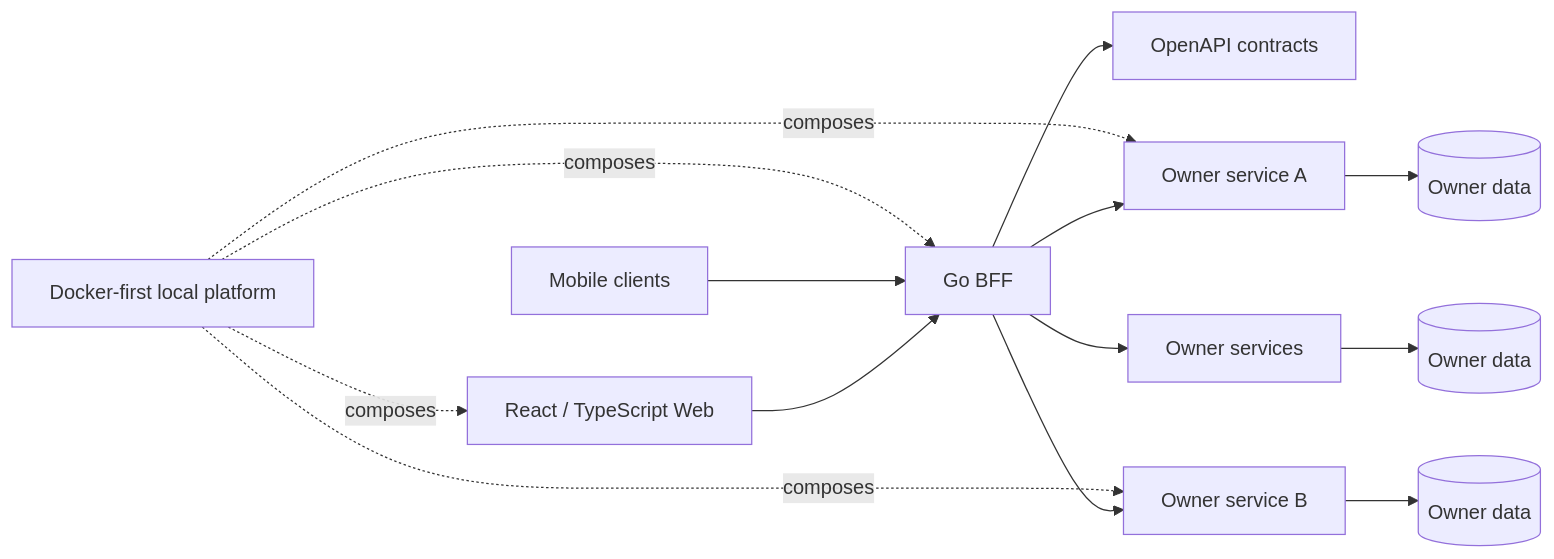
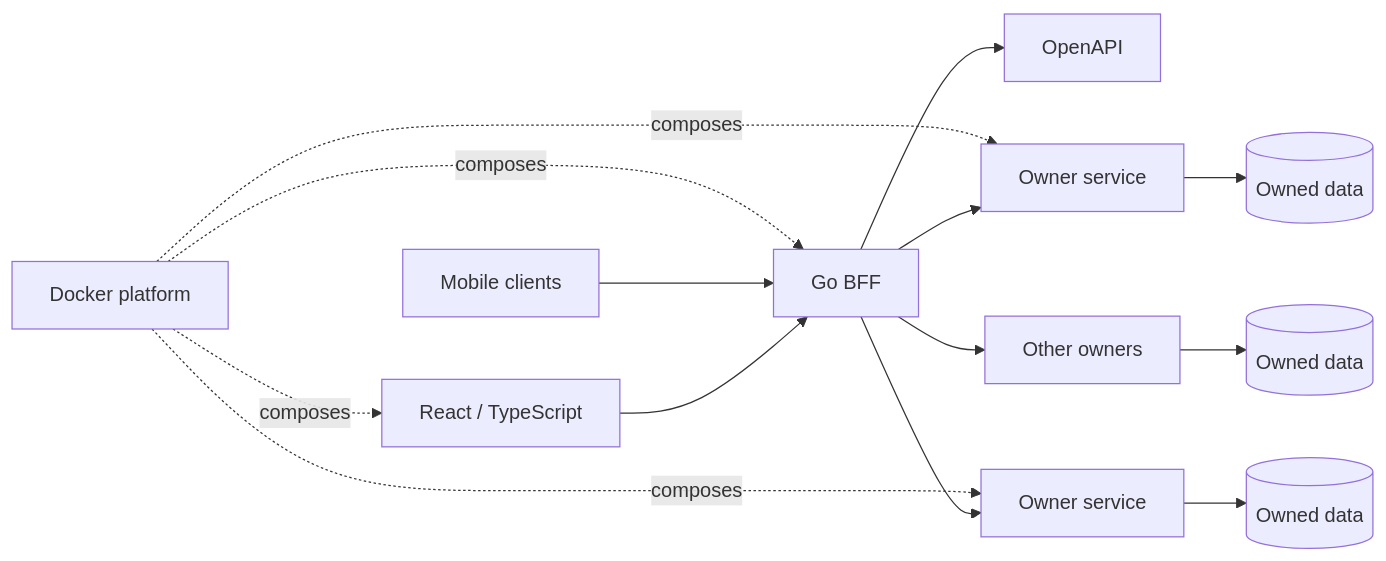
Before and after one commit to andrecsmenezes/andrecsmenezes: the diagram in case-studies/udp.md, drawn with Mermaid. The commit also changed other lines of this file, not shown here.

````diff
--- a/case-studies/udp.md
+++ b/case-studies/udp.md
@@ -11,16 +15,16 @@
 ```mermaid
 flowchart LR
-    WEB[React / TypeScript Web] --> BFF[Go BFF]
+    WEB[React / TypeScript] --> BFF[Go BFF]
     MOB[Mobile clients] --> BFF
-    BFF --> CONTRACT[OpenAPI contracts]
-    BFF --> O1[Owner service A]
-    BFF --> O2[Owner service B]
-    BFF --> ON[Owner services]
-    O1 --> D1[(Owner data)]
-    O2 --> D2[(Owner data)]
-    ON --> DN[(Owner data)]
-    DEV[Docker-first local platform] -. composes .-> WEB
+    BFF --> CONTRACT[OpenAPI]
+    BFF --> O1[Owner service]
+    BFF --> O2[Owner service]
+    BFF --> ON[Other owners]
+    O1 --> D1[(Owned data)]
+    O2 --> D2[(Owned data)]
+    ON --> DN[(Owned data)]
+    DEV[Docker platform] -. composes .-> WEB
     DEV -. composes .-> BFF
     DEV -. composes .-> O1
     DEV -. composes .-> O2
 ```
````
